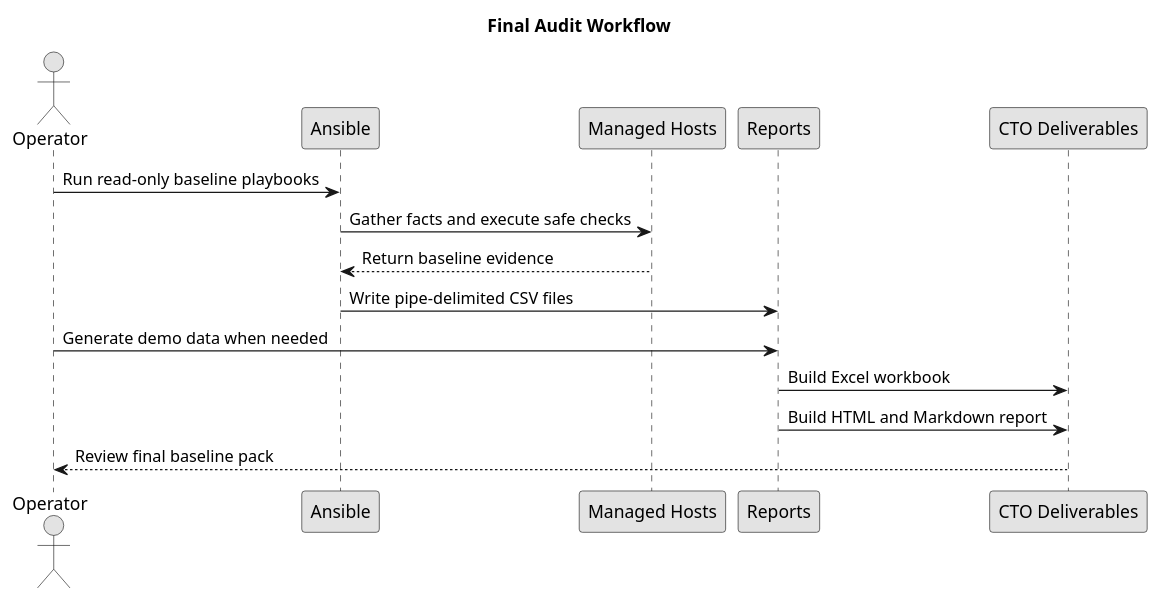
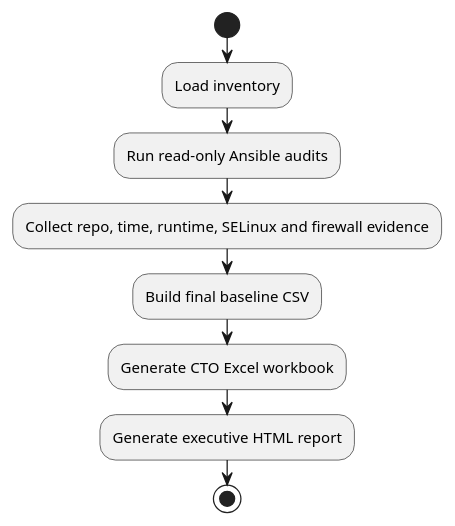
One commit to ahmadsheikhi89/ansible-managed-dc-baseline changed the diagram in docs/diagrams/plantuml-fallback/02-final-audit-workflow.puml. Above: the diagram before and after it, drawn with PlantUML. The commit also changed 64 other files, not shown here.

```diff
--- a/docs/diagrams/plantuml-fallback/02-final-audit-workflow.puml
+++ b/docs/diagrams/plantuml-fallback/02-final-audit-workflow.puml
@@ -1,18 +1,12 @@
 @startuml
 skinparam monochrome true
 skinparam shadowing false
-title Final Audit Workflow
-actor Operator
-participant Ansible
-participant "Managed Hosts" as Hosts
-participant Reports
-participant "CTO Deliverables" as Executive
-Operator -> Ansible: Run read-only baseline playbooks
-Ansible -> Hosts: Gather facts and execute safe checks
-Hosts --> Ansible: Return baseline evidence
-Ansible -> Reports: Write pipe-delimited CSV files
-Operator -> Reports: Generate demo data when needed
-Reports -> Executive: Build Excel workbook
-Reports -> Executive: Build HTML and Markdown report
-Executive --> Operator: Review final baseline pack
+start
+:Load inventory;
+:Run read-only Ansible audits;
+:Collect repo, time, runtime, SELinux and firewall evidence;
+:Build final baseline CSV;
+:Generate CTO Excel workbook;
+:Generate executive HTML report;
+stop
 @enduml
```
